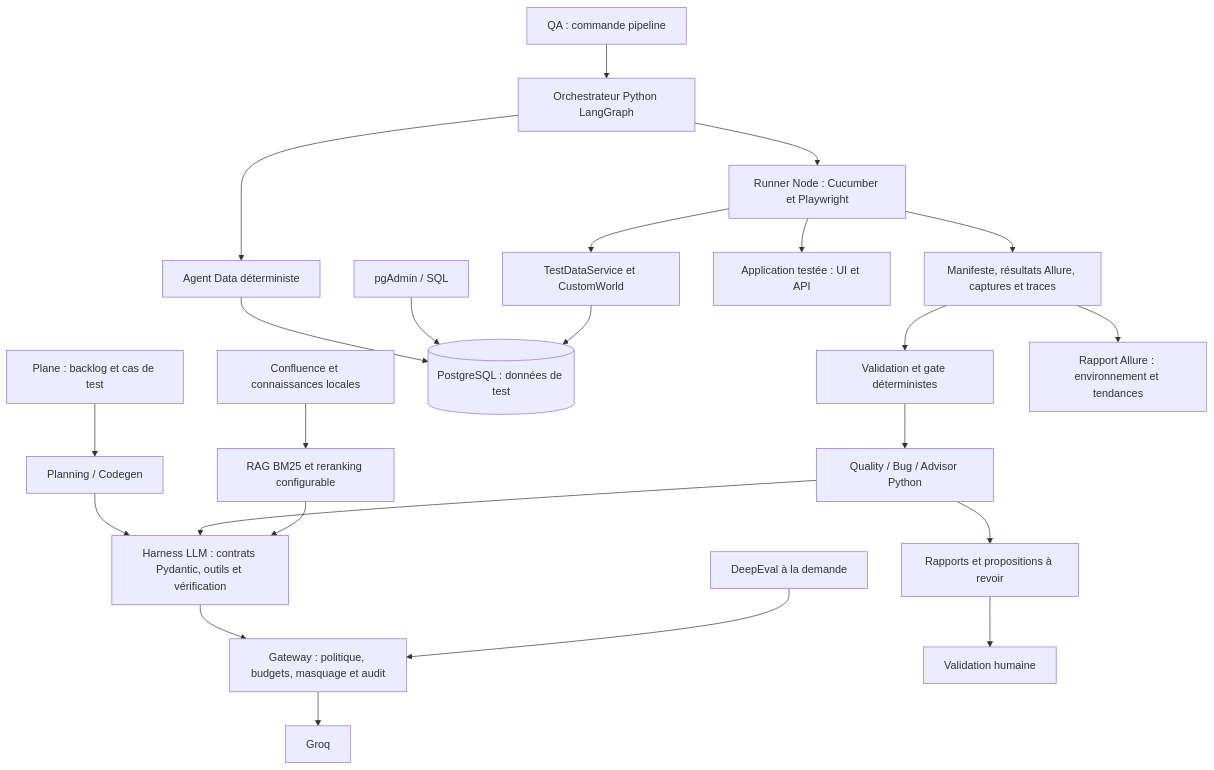
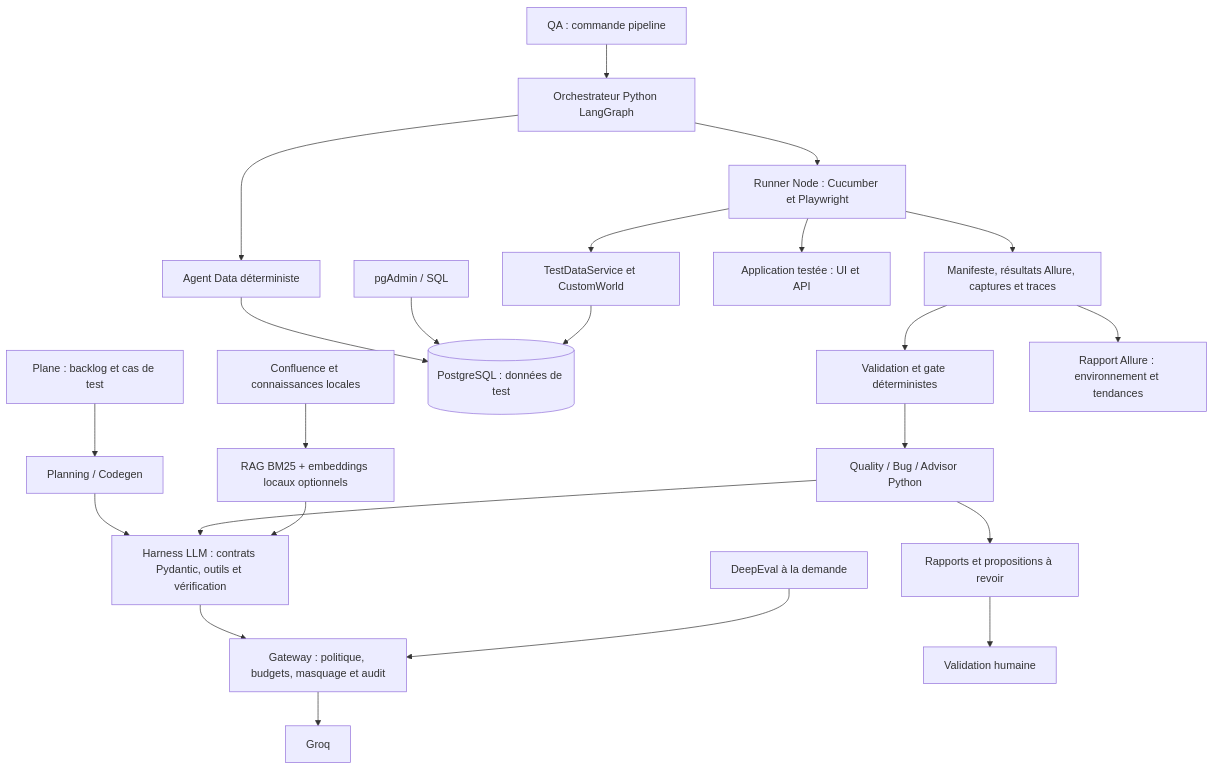
Before and after one commit to Faicel-Testing/qa-plateforme: the diagram in ui_playwright_bdd/README.md, drawn with Mermaid. The commit also changed other lines of this file and 112 other files, not shown here.

````diff
--- a/ui_playwright_bdd/README.md
+++ b/ui_playwright_bdd/README.md
@@ -11,25 +83,25 @@
 ```mermaid
 flowchart TD
     PLANE[Plane : backlog et cas de test] --> PLAN[Planning / Codegen]
-    CONF[Confluence et connaissances locales] --> RAG[RAG BM25 et reranking configurable]
+    CONF[Confluence et connaissances locales] --> RAG[RAG BM25 + embeddings locaux optionnels]
     USER[QA : commande pipeline] --> PIPE[Orchestrateur Python LangGraph]
     PIPE --> DATA[Agent Data déterministe]
     DATA --> PG[(PostgreSQL : données de test)]
     ADMIN[pgAdmin / SQL] --> PG
     PIPE --> RUN[Runner Node : Cucumber et Playwright]
     RUN --> SERVICE[TestDataService et CustomWorld]
     SERVICE --> PG
     RUN --> APP[Application testée : UI et API]
     RUN --> RESULTS[Manifeste, résultats Allure, captures et traces]
     RESULTS --> VALID[Validation et gate déterministes]
     VALID --> ANALYSIS[Quality / Bug / Advisor Python]
     PLAN --> HARNESS[Harness LLM : contrats Pydantic, outils et vérification]
     ANALYSIS --> HARNESS
     RAG --> HARNESS
     HARNESS --> GW[Gateway : politique, budgets, masquage et audit]
     GW --> GROQ[Groq]
     RESULTS --> ALLURE[Rapport Allure : environnement et tendances]
     ANALYSIS --> REVIEW[Rapports et propositions à revoir]
     REVIEW --> HUMAN[Validation humaine]
     EVAL[DeepEval à la demande] --> GW
 ```
````
